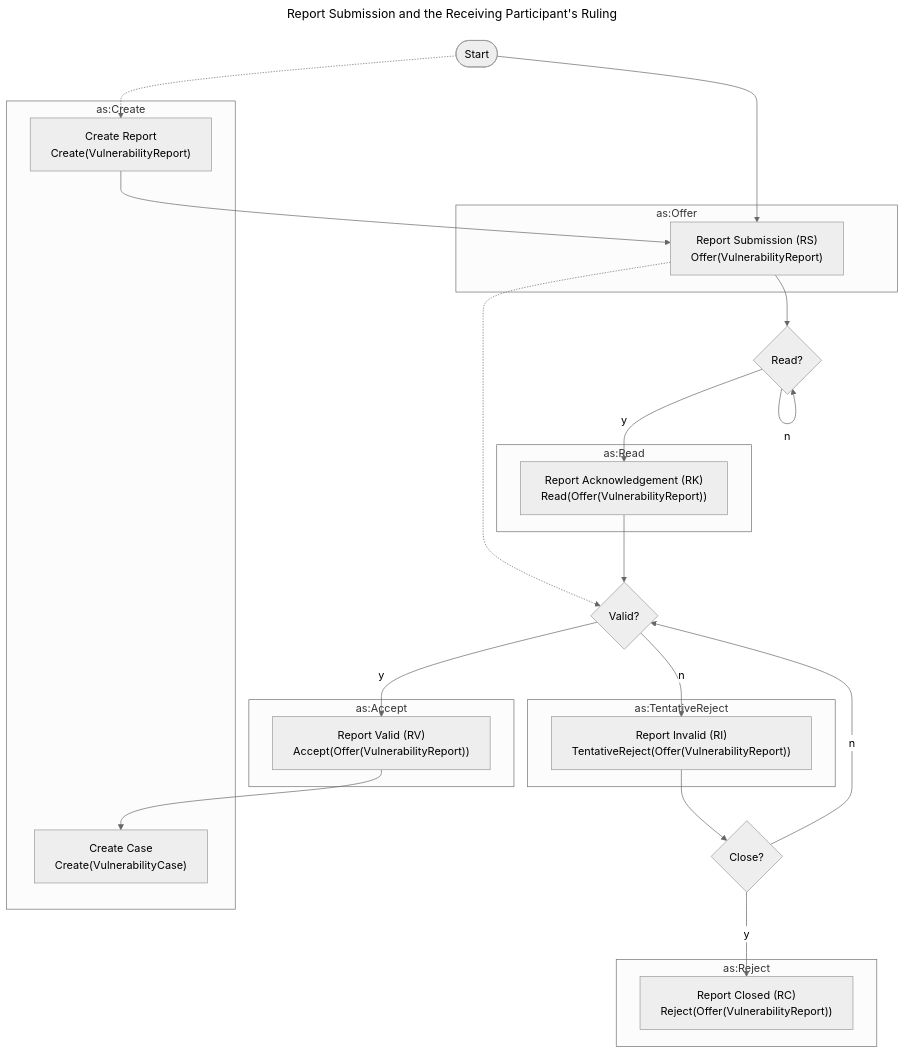
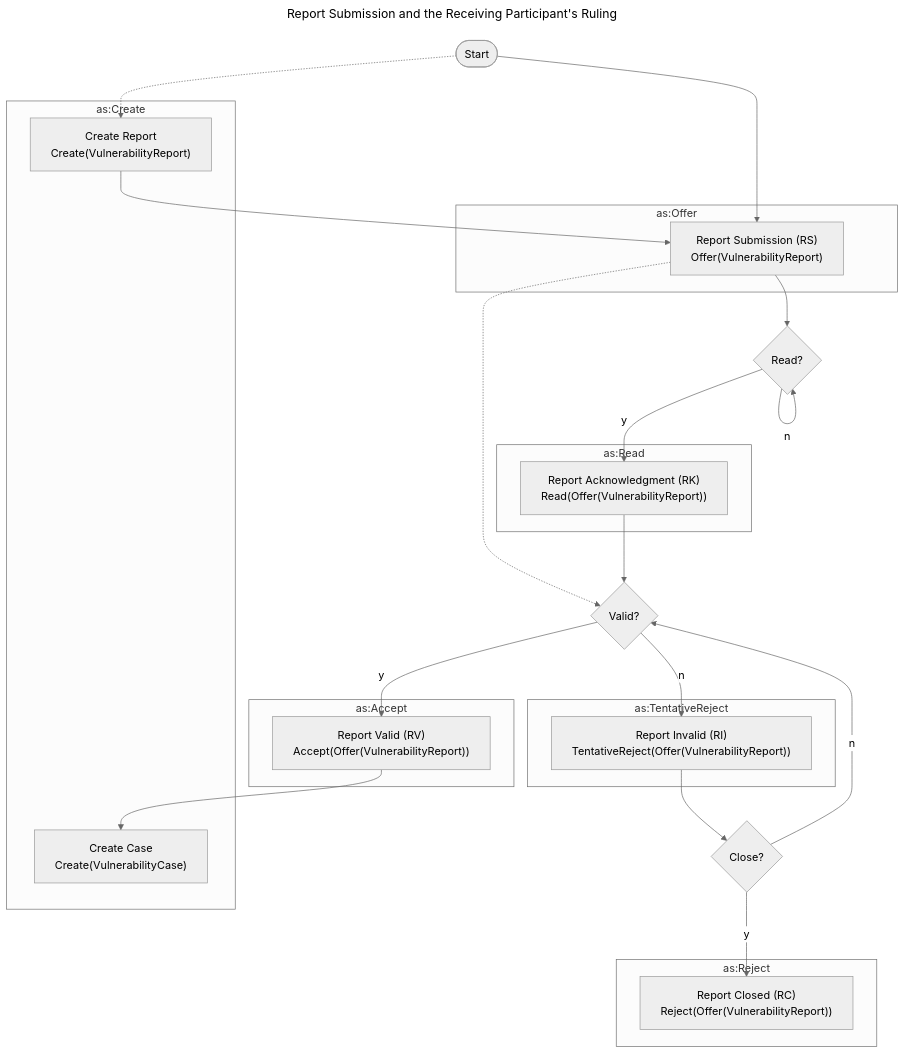
One commit to CERTCC/Vultron changed the diagram in docs/howto/activitypub/activities/report_vulnerability.md. Above: the diagram before and after it, drawn with Mermaid (neutral theme). The commit also changed other lines of this file and 34 other files, not shown here.

````diff
--- a/docs/howto/activitypub/activities/report_vulnerability.md
+++ b/docs/howto/activitypub/activities/report_vulnerability.md
@@ -30,40 +30,40 @@
 ```mermaid
 ---
 title: Report Submission and the Receiving Participant's Ruling
 ---
 flowchart TB
     subgraph as:Create
         RmCreateReport["Create Report<br/>Create(VulnerabilityReport)"]
         CreateCase["Create Case<br/>Create(VulnerabilityCase)"]
     end
     subgraph as:Read
-        RmReadReport["Report Acknowledgement (RK)<br/>Read(Offer(VulnerabilityReport))"]
+        RmReadReport["Report Acknowledgment (RK)<br/>Read(Offer(VulnerabilityReport))"]
     end
     subgraph as:Offer
         RmSubmitReport["Report Submission (RS)<br/>Offer(VulnerabilityReport)"]
     end
     subgraph as:Accept
         RmValidateReport["Report Valid (RV)<br/>Accept(Offer(VulnerabilityReport))"]
     end
     subgraph as:TentativeReject
         RmInvalidateReport["Report Invalid (RI)<br/>TentativeReject(Offer(VulnerabilityReport))"]
     end
     subgraph as:Reject
         RmCloseReport["Report Closed (RC)<br/>Reject(Offer(VulnerabilityReport))"]
     end
     start([Start])
     start -.-> RmCreateReport
     start --> RmSubmitReport
     RmCreateReport --> RmSubmitReport
     RmSubmitReport -.-> v{Valid?}
     RmSubmitReport --> r{Read?}
     r -->|y| RmReadReport
     r -->|n| r
     v -->|y| RmValidateReport
     RmReadReport --> v
     v -->|n| RmInvalidateReport
     RmInvalidateReport --> c{Close?}
     c -->|y| RmCloseReport
     c -->|n| v
     RmValidateReport --> CreateCase
 ```
````
